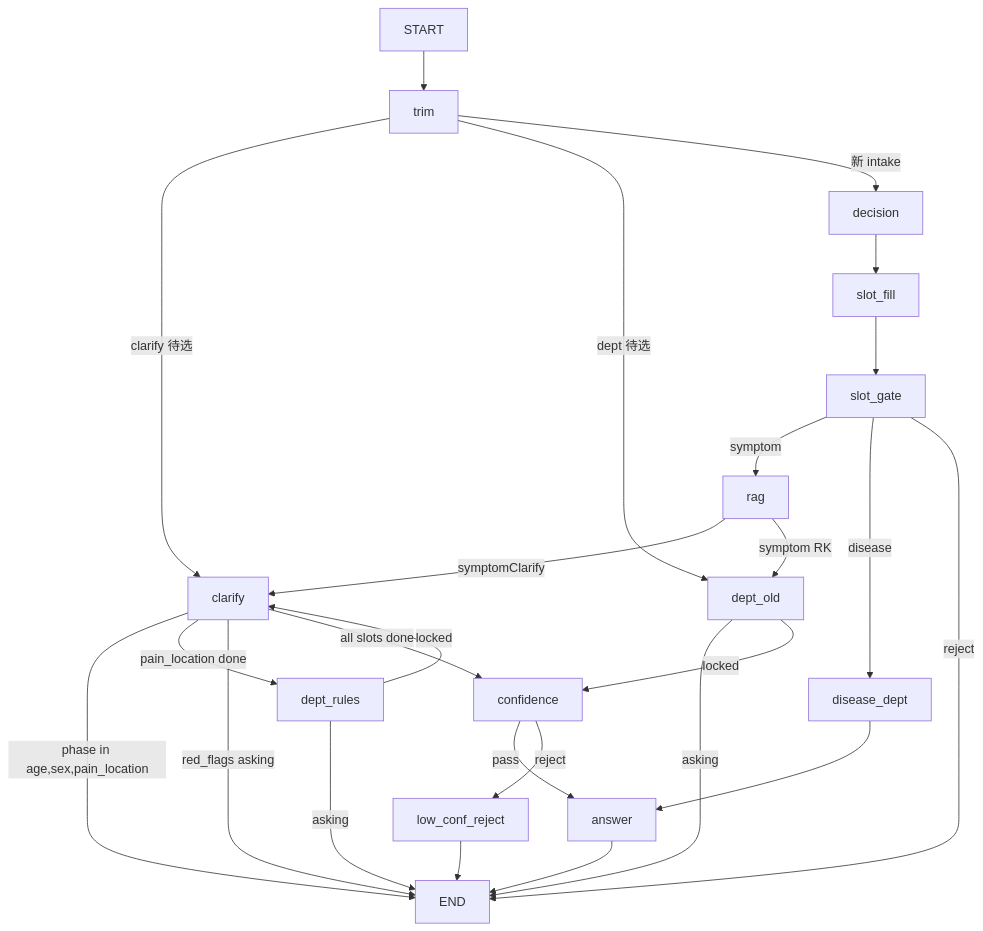
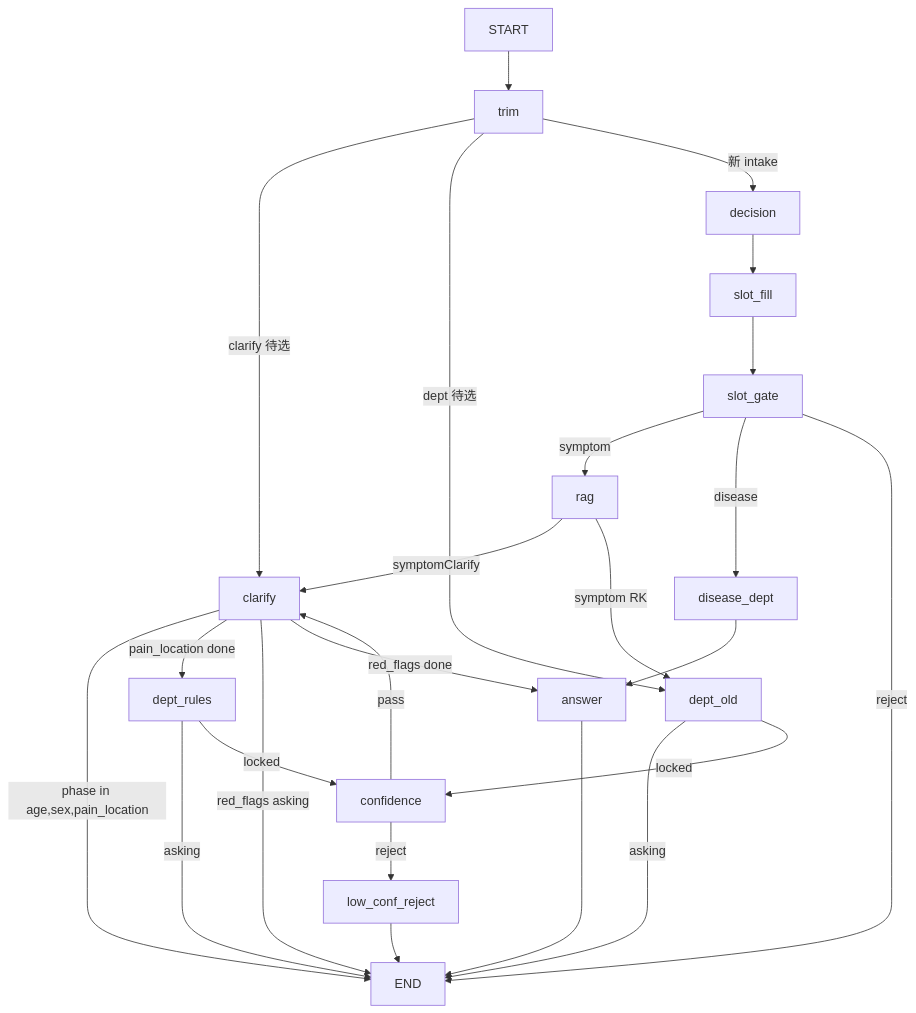
One commit to lobokiol/InitialArchitectureForMedicalAgent1 changed the diagram in docs/superpowers/specs/2026-06-24-symptom-clarify-dept-rules-design.md. Above: the diagram before and after it, drawn with Mermaid. The commit also changed other lines of this file, not shown here.

Commit message:
Spec: exclude red_flags from LLM confidence prompt; ask red_flags after pass

````diff
--- a/docs/superpowers/specs/2026-06-24-symptom-clarify-dept-rules-design.md
+++ b/docs/superpowers/specs/2026-06-24-symptom-clarify-dept-rules-design.md
@@ -59,26 +58,26 @@
 ```mermaid
 flowchart TD
     START --> trim
     trim -->|clarify 待选| clarify
     trim -->|dept 待选| dept_old
     trim -->|新 intake| decision
     decision --> slot_fill --> slot_gate
     slot_gate -->|symptom| rag
     slot_gate -->|disease| disease_dept
     slot_gate -->|reject| END
     rag -->|symptomClarify| clarify
     rag -->|symptom RK| dept_old
     clarify -->|phase in age,sex,pain_location| END
     clarify -->|pain_location done| dept_rules
     dept_rules -->|asking| END
-    dept_rules -->|locked| clarify
-    clarify -->|red_flags asking| END
-    clarify -->|all slots done| confidence
+    dept_rules -->|locked| confidence
     dept_old -->|asking| END
     dept_old -->|locked| confidence
-    confidence -->|pass| answer
     confidence -->|reject| low_conf_reject
+    confidence -->|pass| clarify
+    clarify -->|red_flags asking| END
+    clarify -->|red_flags done| answer
     disease_dept --> answer
     answer --> END
     low_conf_reject --> END
 ```
````
